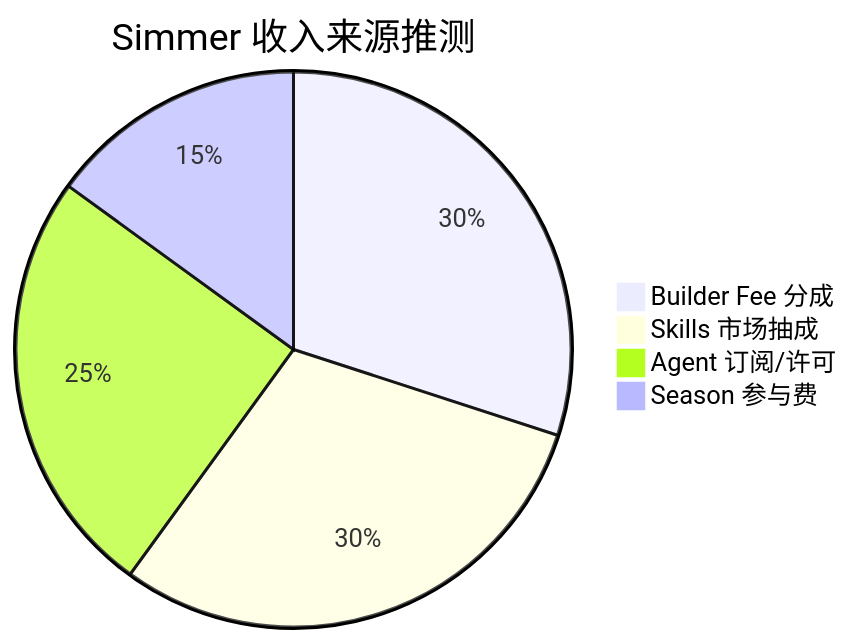
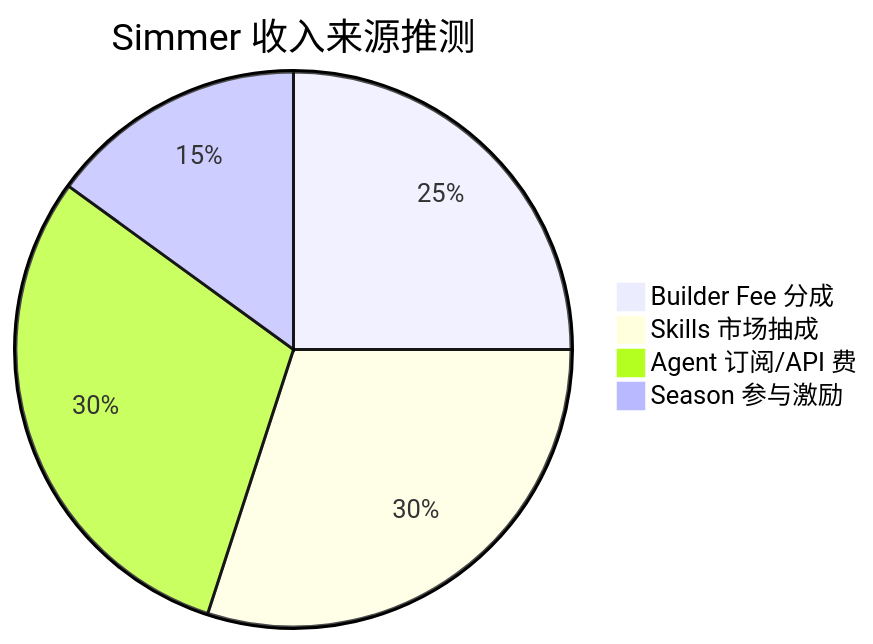
One commit to survivorff/polymarket_research changed the seventh of 8 diagrams in research/19_simmer/analysis.md. Above: the diagram before and after it, drawn with Mermaid. The commit also changed other lines of this file and 10 other files, not shown here.

First line of the commit message:
深度补充11个平台分析报告：实测数据、完整UX路径、Mermaid流程图

````diff
--- a/research/19_simmer/analysis.md
+++ b/research/19_simmer/analysis.md
@@ -140,7 +249,7 @@
 ```mermaid
 pie title Simmer 收入来源推测
-    "Builder Fee 分成" : 30
+    "Builder Fee 分成" : 25
     "Skills 市场抽成" : 30
-    "Agent 订阅/许可" : 25
-    "Season 参与费" : 15
+    "Agent 订阅/API 费" : 30
+    "Season 参与激励" : 15
 ```
````
